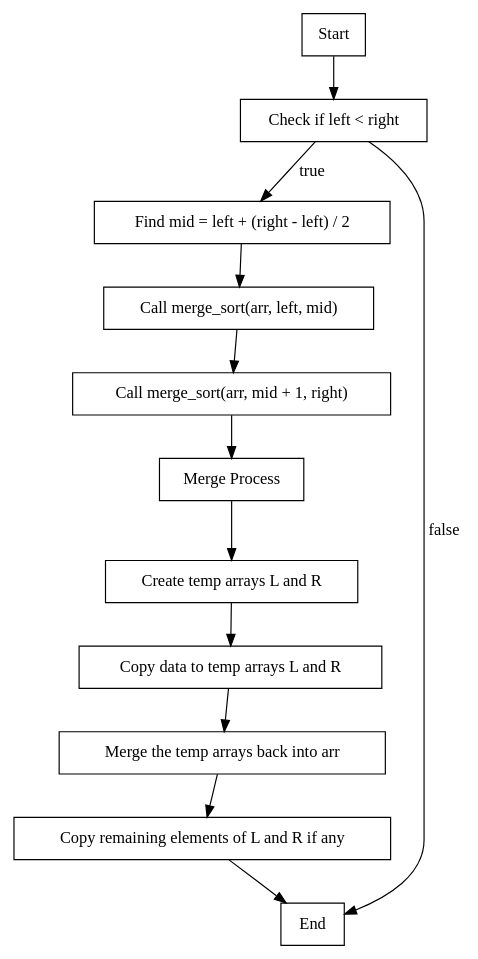
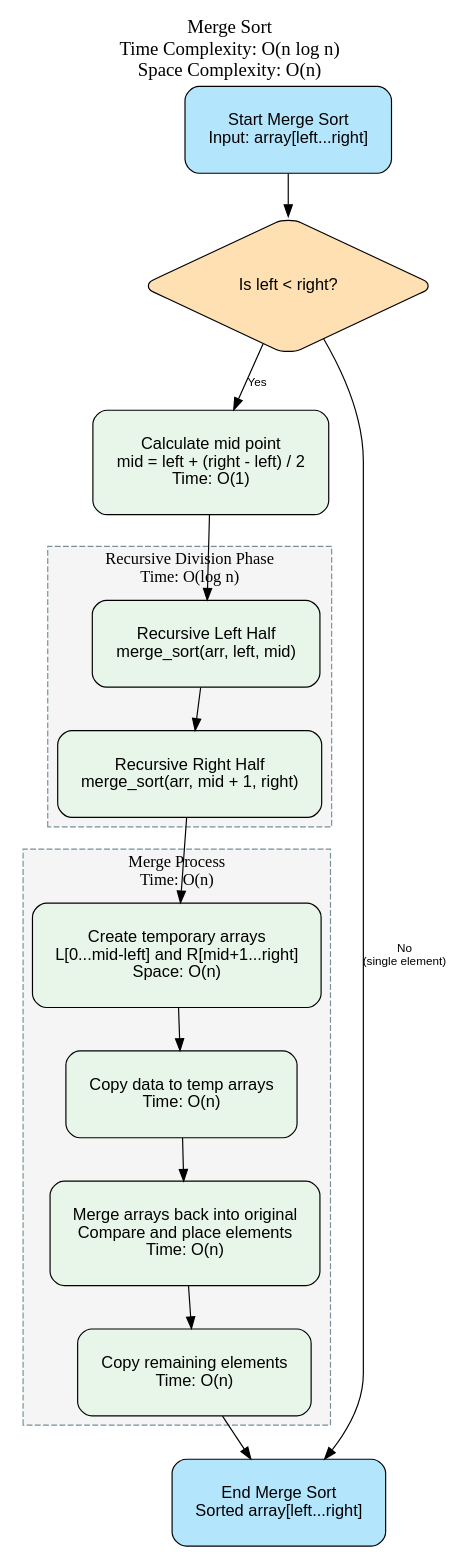
Before and after one commit to mbn-code/Algoritmeanalyse-og-optimering: the diagram in dotgraphs/merge-sort.dot, drawn with Graphviz. The commit also changed 3 other files, not shown here.

Commit message:
Enhance algorithm visualizations with detailed node descriptions and improved styling for Merge Sort and Binary Search diagrams

```diff
--- a/dotgraphs/merge-sort.dot
+++ b/dotgraphs/merge-sort.dot
@@ -1,27 +1,57 @@
 digraph MergeSort {
-    node [shape=box];
+    rankdir=TB;
+    node [shape=box, style=rounded, fontname="Arial", margin=0.3];
+    edge [fontname="Arial", fontsize=10];
 
-    start [label="Start"];
-    check_base_case [label="Check if left < right"];
-    find_mid [label="Find mid = left + (right - left) / 2"];
-    call_merge_sort_left [label="Call merge_sort(arr, left, mid)"];
-    call_merge_sort_right [label="Call merge_sort(arr, mid + 1, right)"];
-    merge_process [label="Merge Process"];
-    create_temp_arrays [label="Create temp arrays L and R"];
-    copy_data [label="Copy data to temp arrays L and R"];
-    merge_arrays [label="Merge the temp arrays back into arr"];
-    copy_remaining [label="Copy remaining elements of L and R if any"];
-    end [label="End"];
+    // Color scheme
+    node [fillcolor="#E8F5E9", style="filled,rounded"];
+    
+    // Main flow nodes
+    start [label="Start Merge Sort\nInput: array[left...right]", fillcolor="#B3E5FC"];
+    check_base_case [label="Is left < right?", shape=diamond, fillcolor="#FFE0B2"];
+    find_mid [label="Calculate mid point\nmid = left + (right - left) / 2\nTime: O(1)"];
+    
+    // Recursive calls
+    subgraph cluster_recursive {
+        label="Recursive Division Phase\nTime: O(log n)";
+        style=dashed;
+        color="#78909C";
+        bgcolor="#F5F5F5";
+        
+        call_merge_sort_left [label="Recursive Left Half\nmerge_sort(arr, left, mid)"];
+        call_merge_sort_right [label="Recursive Right Half\nmerge_sort(arr, mid + 1, right)"];
+    }
 
+    // Merge process
+    subgraph cluster_merge {
+        label="Merge Process\nTime: O(n)";
+        style=dashed;
+        color="#78909C";
+        bgcolor="#F5F5F5";
+        
+        create_temp_arrays [label="Create temporary arrays\nL[0...mid-left] and R[mid+1...right]\nSpace: O(n)"];
+        copy_data [label="Copy data to temp arrays\nTime: O(n)"];
+        merge_arrays [label="Merge arrays back into original\nCompare and place elements\nTime: O(n)"];
+        copy_remaining [label="Copy remaining elements\nTime: O(n)"];
+    }
+
+    end [label="End Merge Sort\nSorted array[left...right]", fillcolor="#B3E5FC"];
+
+    // Edges
     start -> check_base_case;
-    check_base_case -> end [label="false"];
-    check_base_case -> find_mid [label="true"];
+    check_base_case -> end [label="No\n(single element)"];
+    check_base_case -> find_mid [label="Yes"];
     find_mid -> call_merge_sort_left;
     call_merge_sort_left -> call_merge_sort_right;
-    call_merge_sort_right -> merge_process;
-    merge_process -> create_temp_arrays;
+    call_merge_sort_right -> create_temp_arrays;
     create_temp_arrays -> copy_data;
     copy_data -> merge_arrays;
     merge_arrays -> copy_remaining;
     copy_remaining -> end;
+
+    // Add overall complexity note
+    label = "Merge Sort\nTime Complexity: O(n log n)\nSpace Complexity: O(n)";
+    labelloc = "t";
+    fontname = "Arial Bold";
+    fontsize = 16;
 }
```
